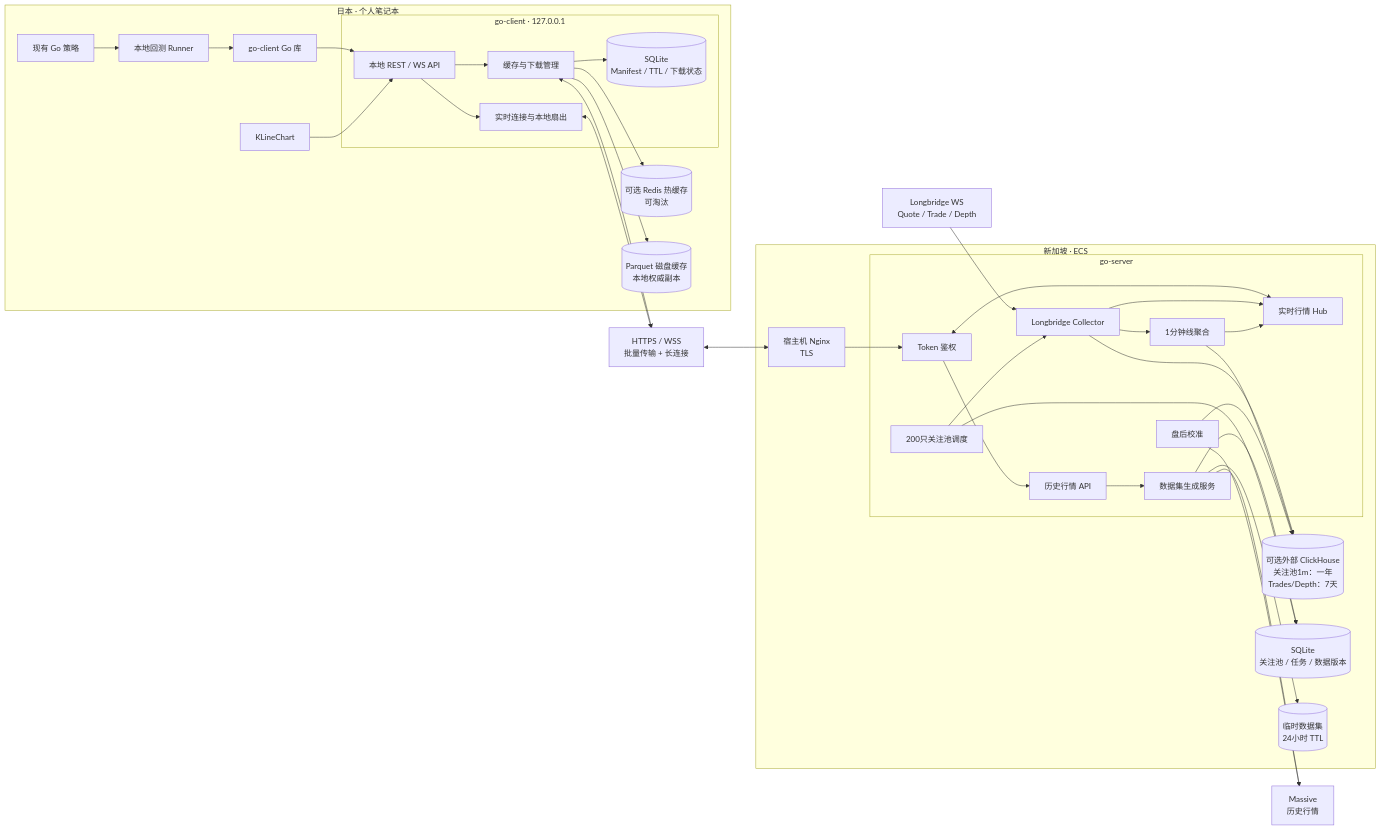
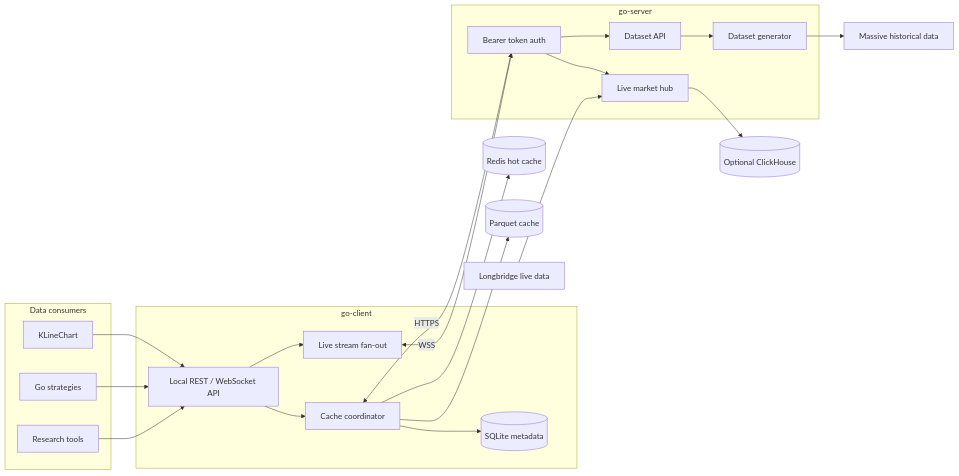
The first of 3 diagrams in docs/architecture-plan.md (scott4game/market-bridge), drawn with Mermaid before and after one commit. The commit also changed other lines of this file and 26 other files, not shown here.

````diff
--- a/docs/architecture-plan.md
+++ b/docs/architecture-plan.md
@@ -22,77 +19,49 @@
 ```mermaid
 flowchart LR
-    subgraph Japan["日本 · 个人笔记本"]
-        Strategies["现有 Go 策略"]
-        Runner["本地回测 Runner"]
-        GoLib["go-client Go 库"]
-        Chart["KLineChart"]
-
-        subgraph LocalService["go-client · 127.0.0.1"]
-            LocalAPI["本地 REST / WS API"]
-            CacheManager["缓存与下载管理"]
-            LiveProxy["实时连接与本地扇出"]
-            LocalMeta[("SQLite<br/>Manifest / TTL / 下载状态")]
-        end
-
-        Redis[("可选 Redis 热缓存<br/>可淘汰")]
-        Parquet[("Parquet 磁盘缓存<br/>本地权威副本")]
-
-        Strategies --> Runner
-        Runner --> GoLib
-        GoLib --> LocalAPI
-        Chart --> LocalAPI
-        LocalAPI --> CacheManager
-        LocalAPI --> LiveProxy
-        CacheManager --> Redis
-        CacheManager --> Parquet
-        CacheManager --> LocalMeta
+    subgraph Consumers[Data consumers]
+        Chart[KLineChart]
+        Strategy[Go strategies]
+        Tools[Research tools]
     end
 
-    Internet["HTTPS / WSS<br/>批量传输 + 长连接"]
-
-    subgraph Singapore["新加坡 · ECS"]
-        Gateway["宿主机 Nginx<br/>TLS"]
-
-        subgraph Server["go-server"]
-            API["历史行情 API"]
-            Dataset["数据集生成服务"]
-            Live["实时行情 Hub"]
-            Auth["Token 鉴权"]
-            LB["Longbridge Collector"]
-            Bars["1分钟线聚合"]
-            Watchlist["200只关注池调度"]
-            Reconcile["盘后校准"]
-        end
-
-        CK[("可选外部 ClickHouse<br/>关注池1m：一年<br/>Trades/Depth：7天")]
-        Meta[("SQLite<br/>关注池 / 任务 / 数据版本")]
-        Temp[("临时数据集<br/>24小时 TTL")]
+    subgraph Client[go-client]
+        LocalAPI[Local REST / WebSocket API]
+        Cache[Cache coordinator]
+        LiveProxy[Live stream fan-out]
+        Metadata[(SQLite metadata)]
     end
 
-    Massive["Massive<br/>历史行情"]
-    Longbridge["Longbridge WS<br/>Quote / Trade / Depth"]
+    Redis[(Redis hot cache)]
+    Parquet[(Parquet cache)]
 
-    CacheManager <--> Internet
-    LiveProxy <--> Internet
-    Internet <--> Gateway
-    Gateway --> Auth
-    Auth --> API
-    Auth <--> Live
+    subgraph Server[go-server]
+        ServerAPI[Dataset API]
+        Dataset[Dataset generator]
+        LiveHub[Live market hub]
+        Auth[Bearer token auth]
+    end
 
-    API --> Dataset
+    Massive[Massive historical data]
+    Longbridge[Longbridge live data]
+    ClickHouse[(Optional ClickHouse)]
+
+    Chart --> LocalAPI
+    Strategy --> LocalAPI
+    Tools --> LocalAPI
+
+    LocalAPI --> Cache
+    LocalAPI --> LiveProxy
+    Cache --> Redis
+    Cache --> Parquet
+    Cache --> Metadata
+
+    Cache <-->|HTTPS| Auth
+    LiveProxy <-->|WSS| Auth
+    Auth --> ServerAPI
+    Auth --> LiveHub
+
+    ServerAPI --> Dataset
     Dataset --> Massive
-    Dataset --> Temp
-    Dataset --> Meta
-
-    Longbridge --> LB
-    LB --> Bars
-    LB --> CK
-    LB --> Live
-    Bars --> CK
-    Bars --> Live
-
-    Watchlist --> Meta
-    Watchlist --> LB
-    Reconcile --> Massive
-    Reconcile --> CK
+    Longbridge --> LiveHub
+    LiveHub --> ClickHouse
 ```
````
